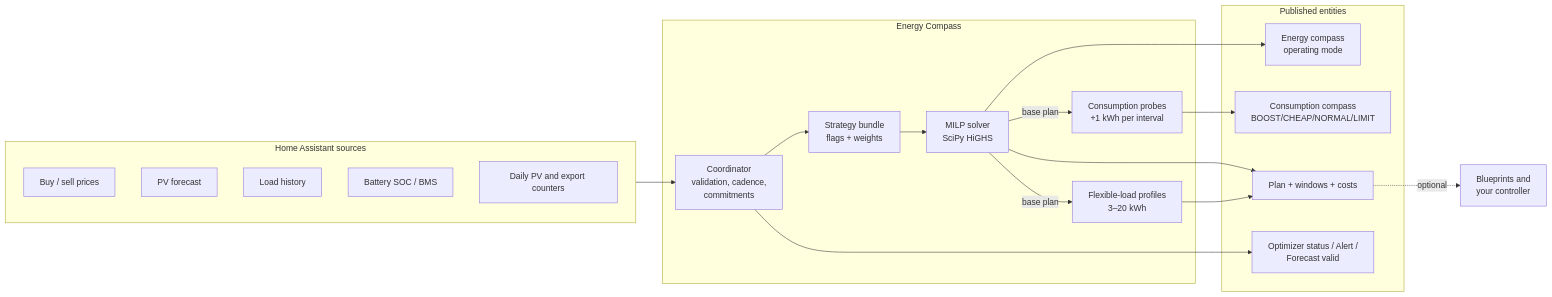
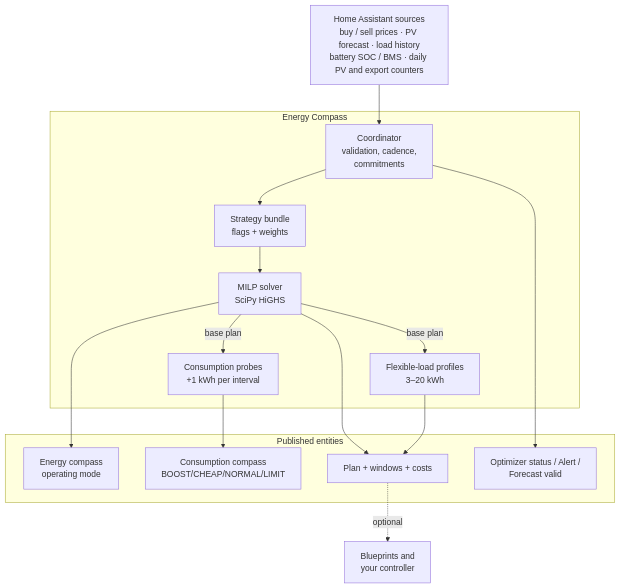
Before and after one commit to marino39/ha-energy-compass: the first of 11 diagrams in docs/guide.en.md, drawn with Mermaid. The commit also changed 53 other files, not shown here.

````diff
--- a/docs/guide.en.md
+++ b/docs/guide.en.md
@@ -29,33 +29,27 @@
 ```mermaid
-flowchart LR
-    subgraph Sources["Home Assistant sources"]
-        P[Buy / sell prices]
-        PV[PV forecast]
-        L[Load history]
-        B[Battery SOC / BMS]
-        D[Daily PV and export counters]
-    end
+flowchart TB
+    SRC[Home Assistant sources<br/>buy / sell prices · PV forecast · load history<br/>battery SOC / BMS · daily PV and export counters]
     subgraph Engine["Energy Compass"]
         C[Coordinator<br/>validation, cadence,<br/>commitments]
         S[Strategy bundle<br/>flags + weights]
         O[MILP solver<br/>SciPy HiGHS]
         K[Consumption probes<br/>+1 kWh per interval]
         F[Flexible-load profiles<br/>3–20 kWh]
     end
     subgraph Out["Published entities"]
         E1[Energy compass<br/>operating mode]
         E2[Consumption compass<br/>BOOST/CHEAP/NORMAL/LIMIT]
         E3[Plan + windows + costs]
         E4[Optimizer status / Alert /<br/>Forecast valid]
     end
-    Sources --> C
+    SRC --> C
     C --> S --> O
     O -->|base plan| K
     O -->|base plan| F
     O --> E1
     K --> E2
     O --> E3
     F --> E3
     C --> E4
     E3 -.->|optional| BP[Blueprints and<br/>your controller]
 ```
````
